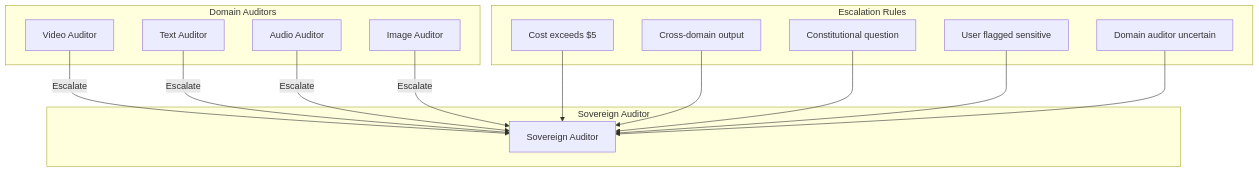
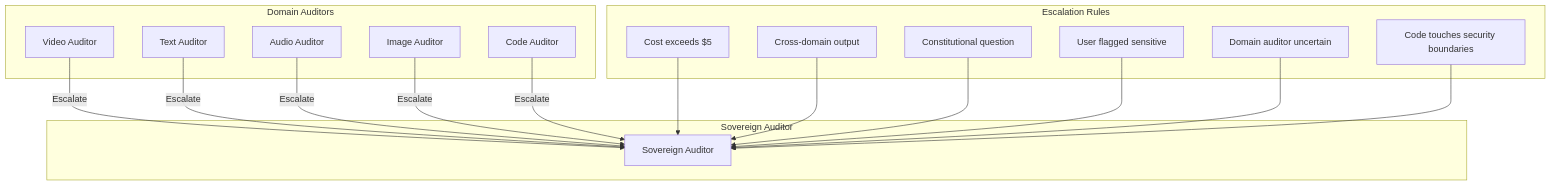
Before and after one commit to mayurjobanputra/Agentic-Nation-State: the second of 5 diagrams in readme.md, drawn with Mermaid. The commit also changed other lines of this file, not shown here.

First line of the commit message:
Add Code Auditor to federated auditing model

````diff
--- a/readme.md
+++ b/readme.md
@@ -369,32 +369,36 @@
 ```mermaid
 graph TB
     subgraph Domain Auditors
         VA[Video Auditor]
         TA[Text Auditor]
         AA[Audio Auditor]
         IA[Image Auditor]
+        CA[Code Auditor]
     end
     
     subgraph Sovereign Auditor
         SA[Sovereign Auditor]
     end
     
     subgraph Escalation Rules
         R1[Cost exceeds $5]
         R2[Cross-domain output]
         R3[Constitutional question]
         R4[User flagged sensitive]
         R5[Domain auditor uncertain]
+        R6[Code touches security boundaries]
     end
     
     VA -->|Escalate| SA
     TA -->|Escalate| SA
     AA -->|Escalate| SA
     IA -->|Escalate| SA
+    CA -->|Escalate| SA
     
     R1 --> SA
     R2 --> SA
     R3 --> SA
     R4 --> SA
     R5 --> SA
+    R6 --> SA
 ```
````
